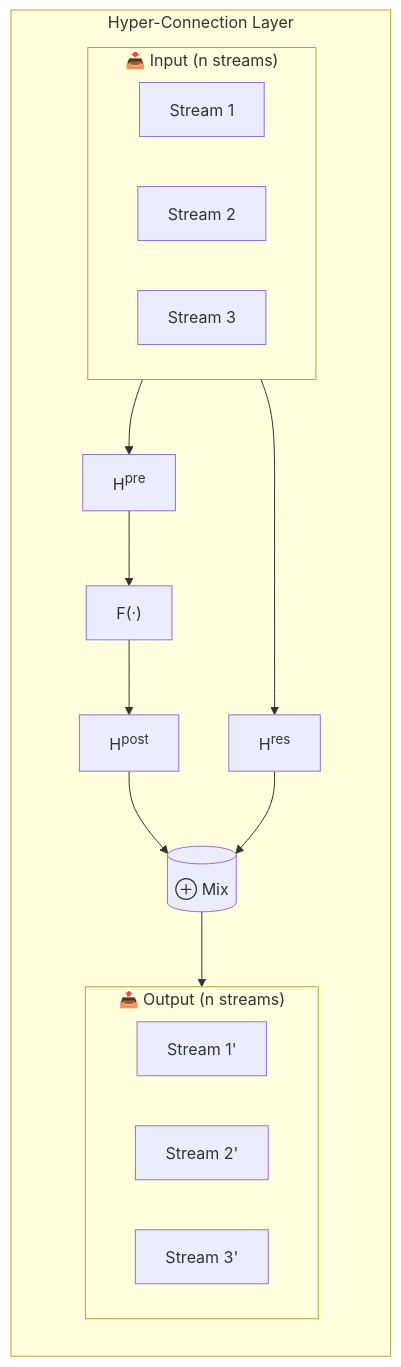
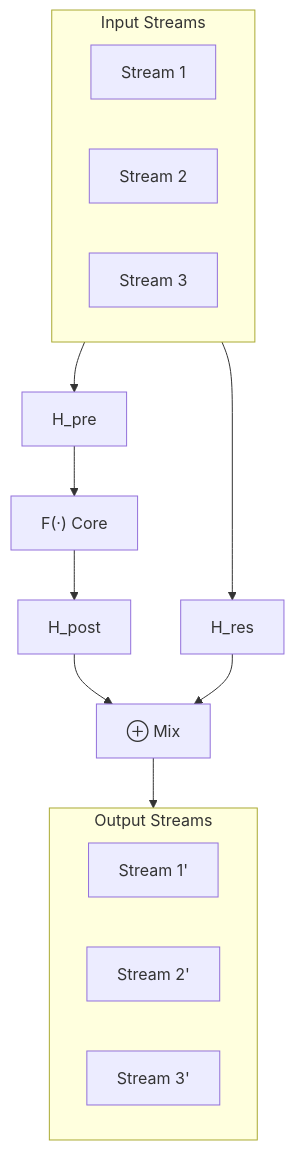
Before and after one commit to sandeeppandey456/sandeeppandey456.github.io: the second of 9 diagrams in _posts/2026-01-06-manifold-constrained-hyper-connections.md, drawn with Mermaid. The commit also changed other lines of this file and 1 other file, not shown here.

Commit message:
post about mhc

```diff
--- a/_posts/2026-01-06-manifold-constrained-hyper-connections.md
+++ b/_posts/2026-01-06-manifold-constrained-hyper-connections.md
@@ -193,28 +126,25 @@
-<div class="mermaid">
+<pre class="mermaid">
 graph TB
-    subgraph HC["Hyper-Connection Layer"]
-        direction TB
-        subgraph IN["📥 Input (n streams)"]
-            s1["Stream 1"]
-            s2["Stream 2"]
-            s3["Stream 3"]
-        end
-        
-        H1["H<sup>pre</sup>"]
-        F["F(·)"]
-        H2["H<sup>post</sup>"]
-        HR["H<sup>res</sup>"]
-        MX[("⊕ Mix")]
-        
-        IN --> H1 --> F --> H2 --> MX
-        IN --> HR --> MX
-        
-        subgraph OUT["📤 Output (n streams)"]
-            o1["Stream 1'"]
-            o2["Stream 2'"]
-            o3["Stream 3'"]
-        end
-        
-        MX --> OUT
+    subgraph Input["Input Streams"]
+        s1["Stream 1"]
+        s2["Stream 2"]
+        s3["Stream 3"]
     end
-</div>
+    
+    H1["H_pre"]
+    F["F(·) Core"]
+    H2["H_post"]
+    HR["H_res"]
+    MX["⊕ Mix"]
+    
+    Input --> H1 --> F --> H2 --> MX
+    Input --> HR --> MX
+    
+    subgraph Output["Output Streams"]
+        o1["Stream 1'"]
+        o2["Stream 2'"]
+        o3["Stream 3'"]
+    end
+    
+    MX --> Output
+</pre>
```
